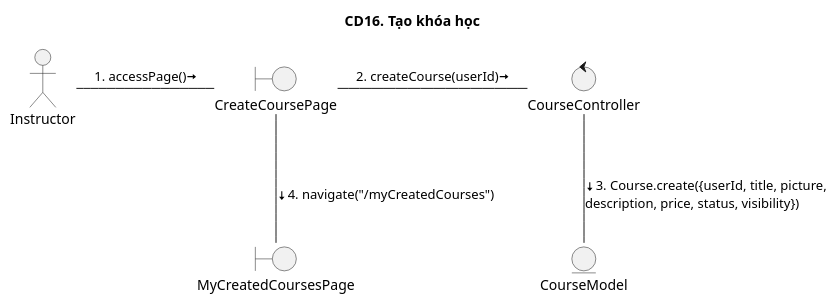
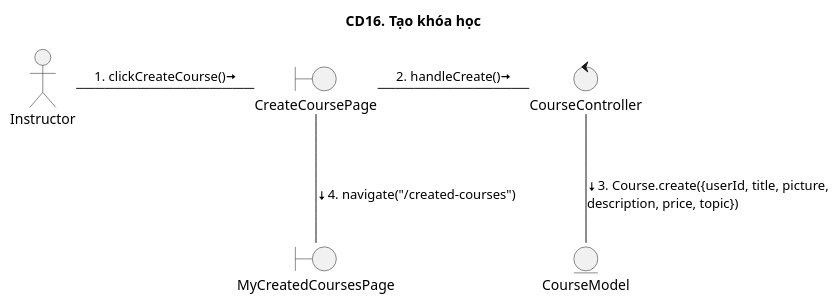
Before and after one commit to The-Cookies-Team/UML-Diagrams: the diagram in CollaborationDiagrams/cd16.puml, drawn with PlantUML. The commit also changed 4 other files, not shown here.

```diff
--- a/CollaborationDiagrams/cd16.puml
+++ b/CollaborationDiagrams/cd16.puml
@@ -1,15 +1,15 @@
 @startuml CD
 
 title CD16. Tạo khóa học
 
 actor "Instructor" as Actor
 boundary "CreateCoursePage"
 boundary "MyCreatedCoursesPage"
 control "CourseController"
 entity "CourseModel"
 
-Actor - CreateCoursePage: \l1. accessPage()<&arrow-right>
-CreateCoursePage - CourseController: \l2. createCourse(userId)<&arrow-right>
-CourseController -- CourseModel: \l<&arrow-bottom>3. Course.create({userId, title, picture,\ndescription, price, status, visibility})
-CreateCoursePage -- MyCreatedCoursesPage: \l<&arrow-bottom>4. navigate("/myCreatedCourses")
+Actor - CreateCoursePage: \l1. clickCreateCourse()<&arrow-right>
+CreateCoursePage - CourseController: \l2. handleCreate()<&arrow-right>
+CourseController -- CourseModel: \l<&arrow-bottom>3. Course.create({userId, title, picture,\ndescription, price, topic})
+CreateCoursePage -- MyCreatedCoursesPage: \l<&arrow-bottom>4. navigate("/created-courses")
 @enduml
```
